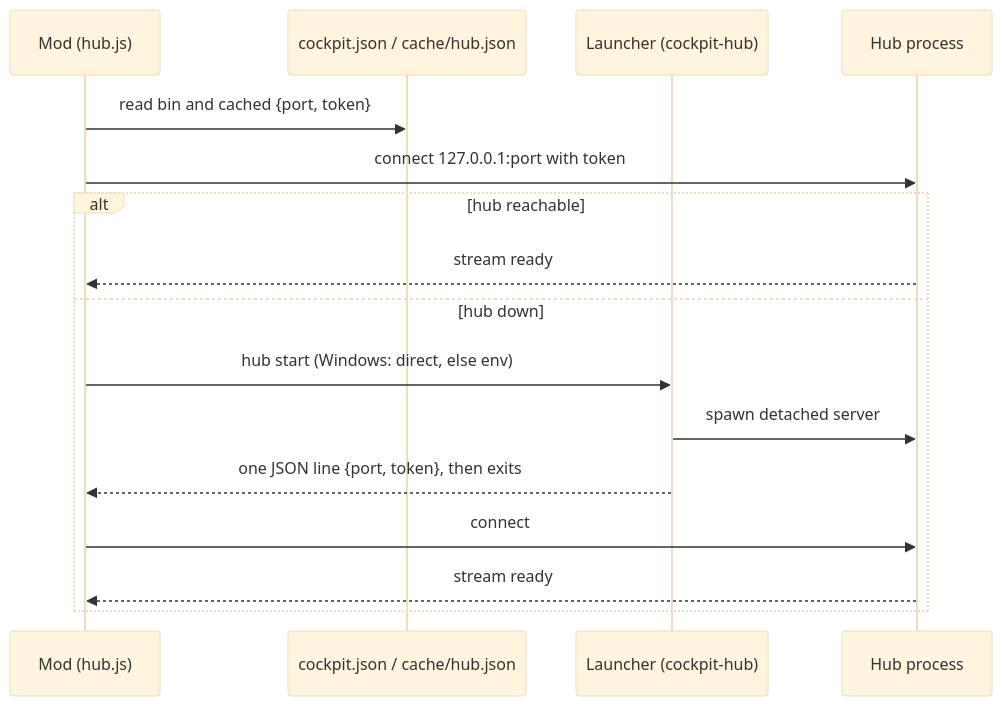
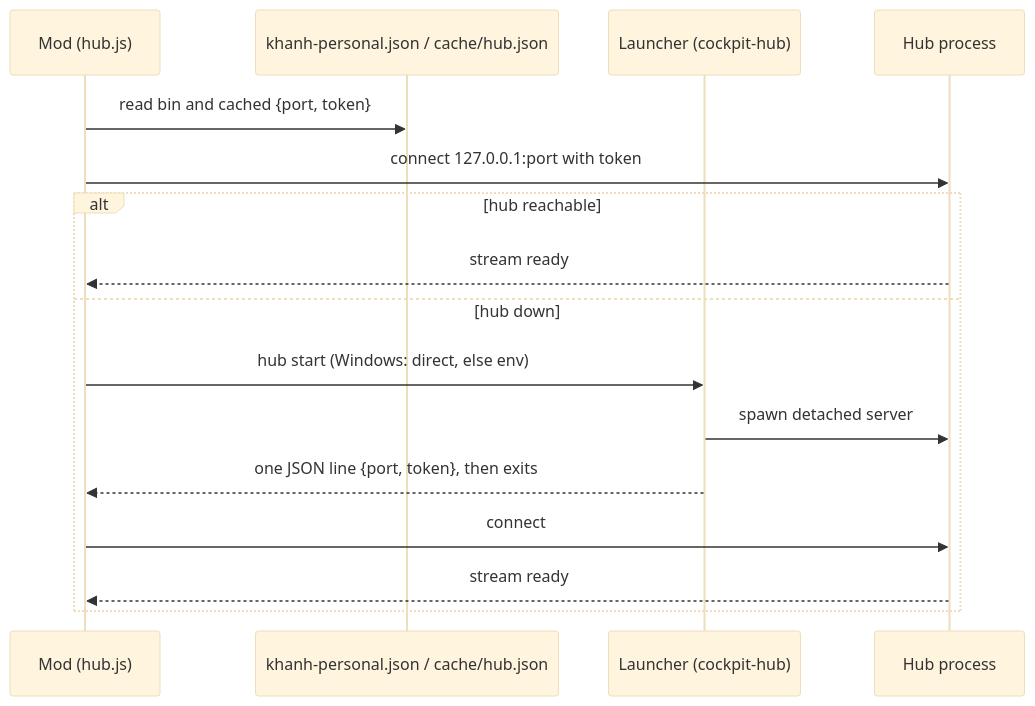
The third of 12 diagrams in herdr-layouts/khanh-personal/ARCHITECTURE.md (TQKNG/khanh-agent-workspace), drawn with Mermaid (base theme) before and after one commit. The commit also changed other lines of this file and 367 other files, not shown here.

````diff
--- a/herdr-layouts/khanh-personal/ARCHITECTURE.md
+++ b/herdr-layouts/khanh-personal/ARCHITECTURE.md
@@ -72,19 +72,19 @@
 ```mermaid
 sequenceDiagram
     participant M as Mod (hub.js)
-    participant C as cockpit.json / cache/hub.json
+    participant C as khanh-personal.json / cache/hub.json
     participant L as Launcher (cockpit-hub)
     participant H as Hub process
 
     M->>C: read bin and cached {port, token}
     M->>H: connect 127.0.0.1:port with token
     alt hub reachable
         H-->>M: stream ready
     else hub down
         M->>L: hub start (Windows: direct, else env)
         L->>H: spawn detached server
         L-->>M: one JSON line {port, token}, then exits
         M->>H: connect
         H-->>M: stream ready
     end
 ```
````
